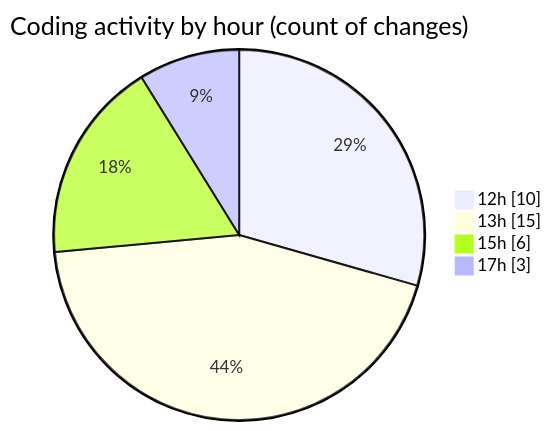
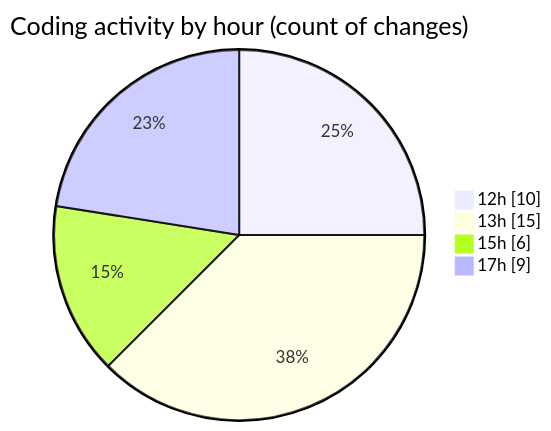
The second of 2 diagrams in 2025-05-15/argos-dev/README.md (nxtqubesakshisongat/code-tracking), drawn with Mermaid before and after one commit. The commit also changed other lines of this file and 1 other file, not shown here.

````diff
--- a/2025-05-15/argos-dev/README.md
+++ b/2025-05-15/argos-dev/README.md
@@ -34,8 +34,8 @@
 ```mermaid
 pie showData
 title Coding activity by hour (count of changes)
 "12h" : 10
 "13h" : 15
 "15h" : 6
-"17h" : 3
+"17h" : 9
 ```
````
